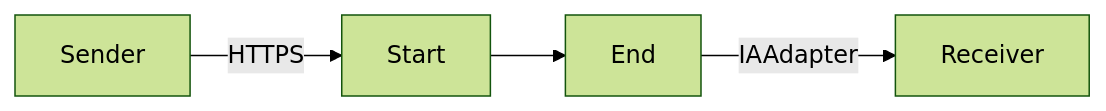
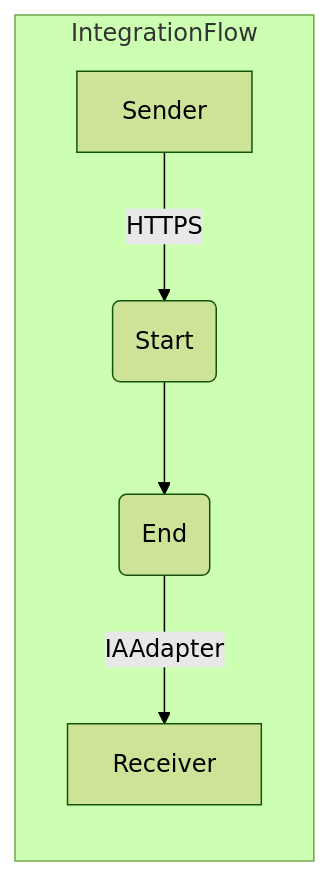
One commit to Avvale-IA-CICD/AvvaleCPI changed the diagram in b+ dgtal IA/Testing_Endpoint/1.0.0/readme.md. Above: the diagram before and after it, drawn with Mermaid (forest theme). The commit also changed other lines of this file, not shown here.

````diff
--- a/b+ dgtal IA/Testing_Endpoint/1.0.0/readme.md
+++ b/b+ dgtal IA/Testing_Endpoint/1.0.0/readme.md
@@ -4,11 +4,8 @@
 ```mermaid
 graph LR
-    Participant_1[Sender]
-    Participant_2[Receiver]
-    StartEvent_2[Start]
-    EndEvent_2[End]
-
-    Participant_1 -- HTTPS --> StartEvent_2
-    StartEvent_2 --> EndEvent_2
-    EndEvent_2 -- IAAdapter --> Participant_2
+    subgraph IntegrationFlow
+    Participant_1[Sender] -- HTTPS --> StartEvent_2(Start)
+    StartEvent_2 --> EndEvent_2(End)
+    EndEvent_2 -- IAAdapter --> Participant_2[Receiver]
+    end
 ```
````
